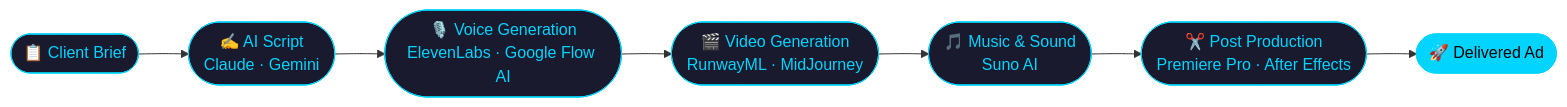
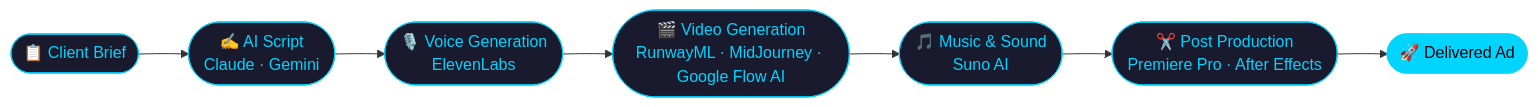
One commit to RaviParmar1710/RaviParmar1710 changed the first of 2 diagrams in README.md. Above: the diagram before and after it, drawn with Mermaid.

Commit message:
Revise flowchart in README for AI generation process
Updated flowchart to reflect changes in voice and video generation sources.

````diff
--- a/README.md
+++ b/README.md
@@ -58,17 +58,17 @@
 ```mermaid
 flowchart LR
     A([📋 Client Brief]) --> B([✍️ AI Script\nClaude · Gemini])
-    B --> C([🎙️ Voice Generation\nElevenLabs · Google Flow AI])
-    C --> D([🎬 Video Generation\nRunwayML · MidJourney])
+    B --> C([🎙️ Voice Generation\nElevenLabs])
+    C --> D([🎬 Video Generation\nRunwayML · MidJourney · Google Flow AI])
     D --> E([🎵 Music & Sound\nSuno AI])
     E --> F([✂️ Post Production\nPremiere Pro · After Effects])
     F --> G([🚀 Delivered Ad])
 
     style A fill:#1a1a2e,color:#00d4ff,stroke:#00d4ff
     style B fill:#1a1a2e,color:#00d4ff,stroke:#00d4ff
     style C fill:#1a1a2e,color:#00d4ff,stroke:#00d4ff
     style D fill:#1a1a2e,color:#00d4ff,stroke:#00d4ff
     style E fill:#1a1a2e,color:#00d4ff,stroke:#00d4ff
     style F fill:#1a1a2e,color:#00d4ff,stroke:#00d4ff
     style G fill:#00d4ff,color:#000000,stroke:#00d4ff
 ```
````
